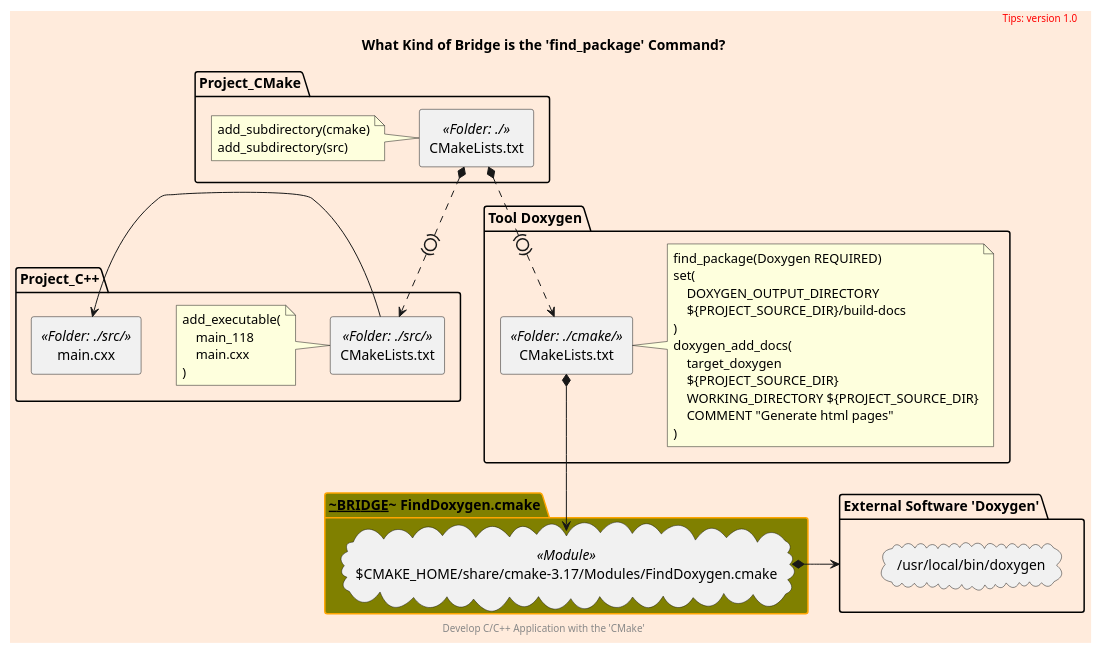
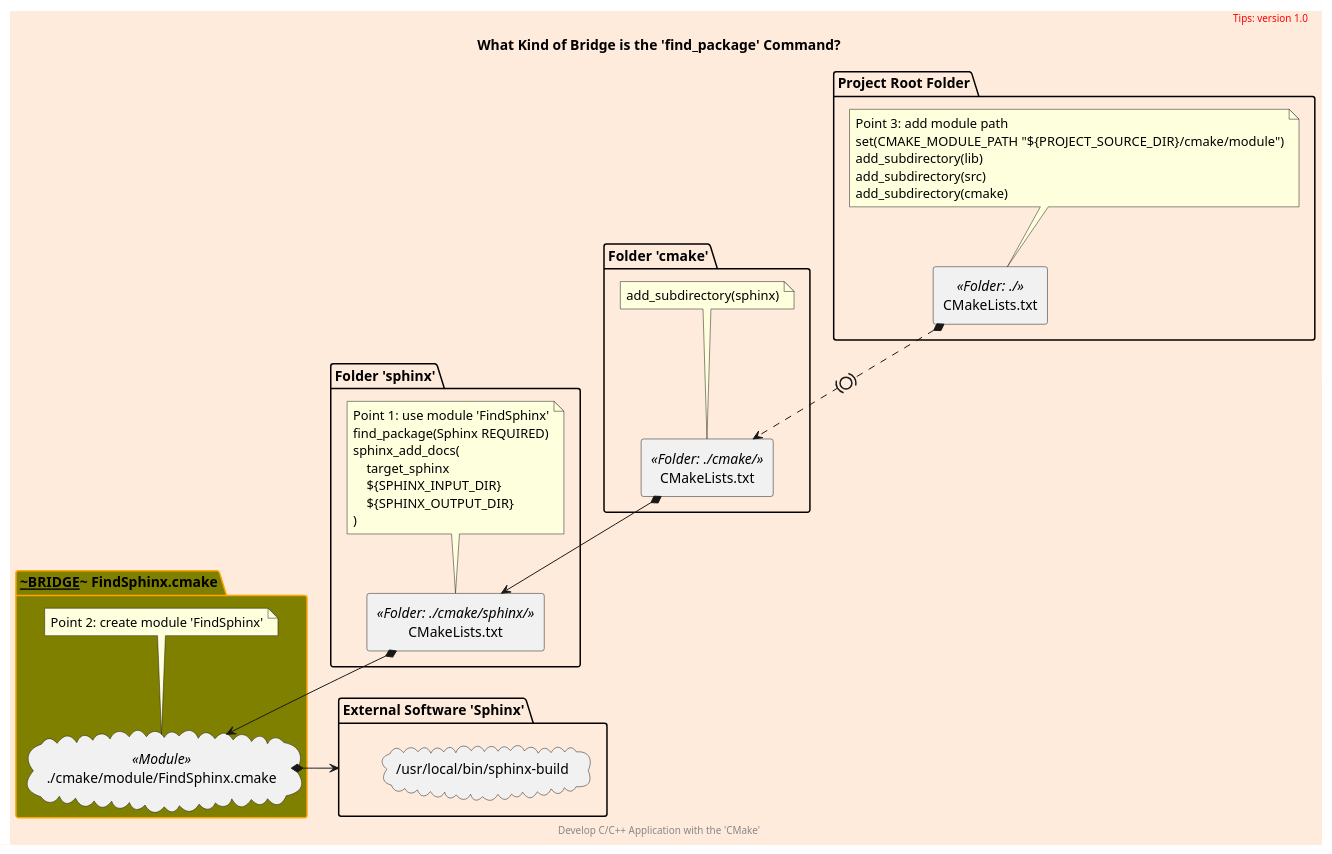
One commit to cnruby/w3h1_cmake changed the diagram in docs/what-process.puml. Above: the diagram before and after it, drawn with PlantUML. The commit also changed 30 other files, not shown here.

```diff
--- a/docs/what-process.puml
+++ b/docs/what-process.puml
@@ -1,80 +1,75 @@
 @startuml
 scale 700 width
 skinparam backgroundColor #FFEBDC
 scale 1
 
 skinparam Folder {
   backgroundColor Olive
   borderColor orange
 }
 
-package Project_CMake as project_cmake {
+'left to right direction
+package "Project Root Folder" as project_cmake {
     rectangle CMakeLists.txt <<Folder: ./>> as begin
 
-    note left of begin
+    note top of begin
+        Point 3: add module path
+        set(CMAKE_MODULE_PATH "${PROJECT_SOURCE_DIR}/cmake/module")
+        add_subdirectory(lib)
+        add_subdirectory(src)
         add_subdirectory(cmake)
-        add_subdirectory(src)
+    endnote
+}
+
+package "Folder 'cmake'" as cmake_dir {
+    rectangle CMakeLists.txt <<Folder: ./cmake/>> as cmake_list
+
+    note top of cmake_list
+        add_subdirectory(sphinx)
     endnote
 }
 
 
-package Project_C++ as project {
-    rectangle main.cxx <<Folder: ./src/>> as main
-    rectangle CMakeLists.txt <<Folder: ./src/>> as src_list
+package "Folder 'sphinx'" as sphinx_dir {
+    rectangle CMakeLists.txt <<Folder: ./cmake/sphinx/>> as sphinx_list
 
-    note left of src_list
-        add_executable(
-            main_118
-            main.cxx
+    note top of sphinx_list
+        Point 1: use module 'FindSphinx'
+        find_package(Sphinx REQUIRED)
+        sphinx_add_docs(
+            target_sphinx
+            ${SPHINX_INPUT_DIR}
+            ${SPHINX_OUTPUT_DIR}
         )
     endnote
 }
 
-package "Tool Doxygen" as Doxygen {
-    rectangle CMakeLists.txt <<Folder: ./cmake/>> as cmake_list
-
-    note right of cmake_list
-        find_package(Doxygen REQUIRED)
-        set(
-            DOXYGEN_OUTPUT_DIRECTORY
-            ${PROJECT_SOURCE_DIR}/build-docs
-        )
-        doxygen_add_docs(
-            target_doxygen
-            ${PROJECT_SOURCE_DIR}
-            WORKING_DIRECTORY ${PROJECT_SOURCE_DIR}
-            COMMENT "Generate html pages"
-        )
+Folder "~~~BRIDGE~~~ FindSphinx.cmake" {    
+    cloud "./cmake/module/FindSphinx.cmake" <<Module>> as find_sphinx
+    note top of find_sphinx
+        Point 2: create module 'FindSphinx'
     endnote
 }
 
-Folder "~~~BRIDGE~~~ FindDoxygen.cmake" {
-    'CMAKE_HOME=/Applications/CMake.app/Contents/
-    cloud "$CMAKE_HOME/share/cmake-3.17/Modules/FindDoxygen.cmake" <<Module>> as find_doxygen
-}
-
-package "External Software 'Doxygen'" as doxygen {
-    cloud "/usr/local/bin/doxygen"
+package "External Software 'Sphinx'" as sphinx_build {
+    cloud "/usr/local/bin/sphinx-build"
 }
 
 
-begin *.(0).> src_list
 begin *.(0).> cmake_list
-src_list -left-> main
-
-
-cmake_list *--> find_doxygen
-find_doxygen *-right-> doxygen
+cmake_list *--> sphinx_list
+sphinx_list *--> find_sphinx
+find_sphinx *-right-> sphinx_build
 
 
 title
     What Kind of Bridge is the 'find_package' Command?
 end title
 
 header
 <font color=red>Tips: version 1.0</font>
 endheader
 
 center footer Develop C/C++ Application with the 'CMake'
 
 @enduml
```
